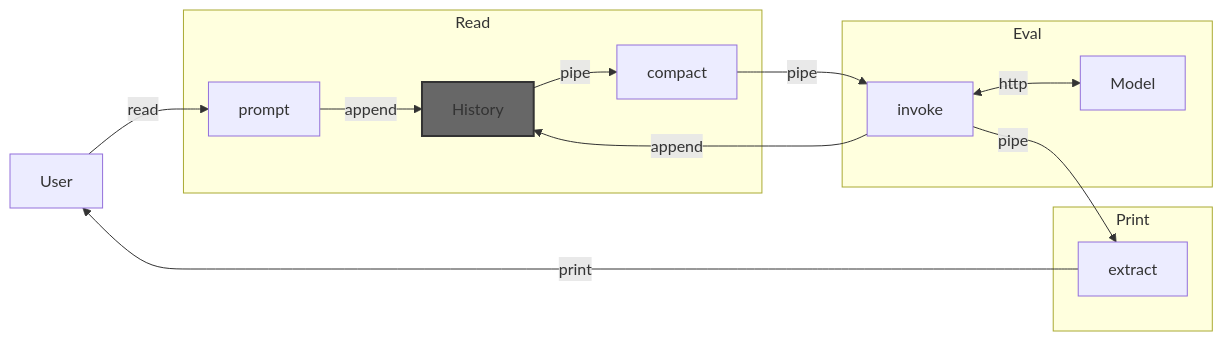
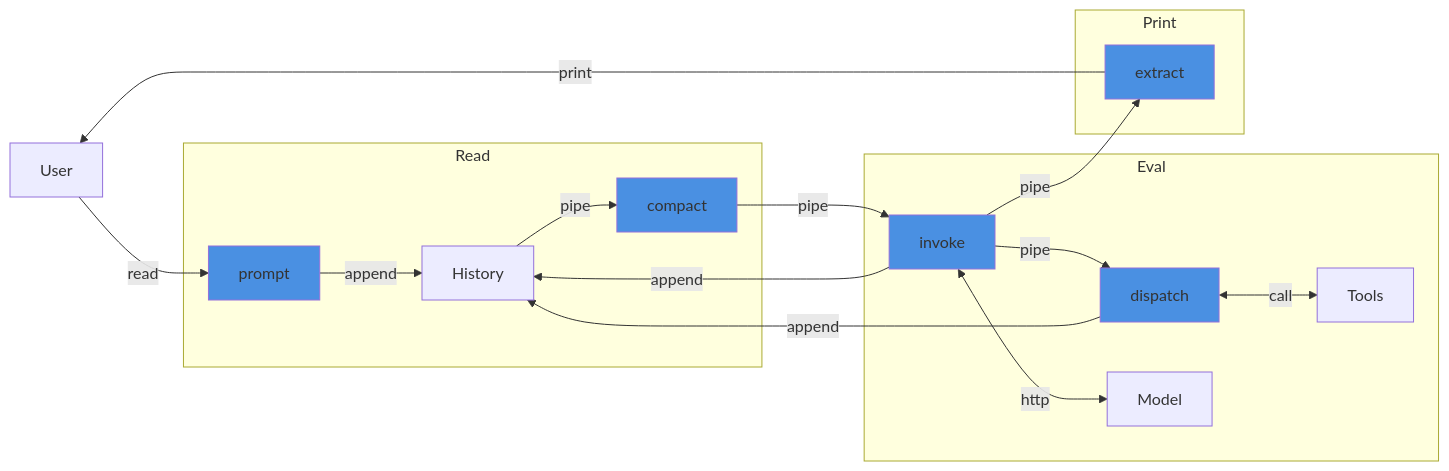
One commit to cloudkj/llayer changed the diagram in README.md. Above: the diagram before and after it, drawn with Mermaid. The commit also changed other lines of this file, not shown here.

````diff
--- a/README.md
+++ b/README.md
@@ -56,30 +64,39 @@
 ```mermaid
 graph LR
     User
 
     subgraph Read
         prompt
         History
         compact
     end
 
     subgraph Eval
         invoke
+        dispatch
         Model
+        Tools
     end
 
     subgraph Print
         extract
     end
 
     User -->|read| prompt
     prompt -->|append| History
     History -->|pipe| compact
     compact -->|pipe| invoke
     invoke -->|append| History
+    invoke -->|pipe| dispatch
+    dispatch <-->|call|Tools
+    dispatch -->|append| History
     invoke -->|pipe| extract
     invoke <-->|http| Model
     extract -->|print| User
 
-    style History fill:#676767,stroke:#333,stroke-width:2px
+    style prompt fill:#4A90E2
+    style compact fill:#4A90E2
+    style invoke fill:#4A90E2
+    style dispatch fill:#4A90E2
+    style extract fill:#4A90E2
 ```
````
